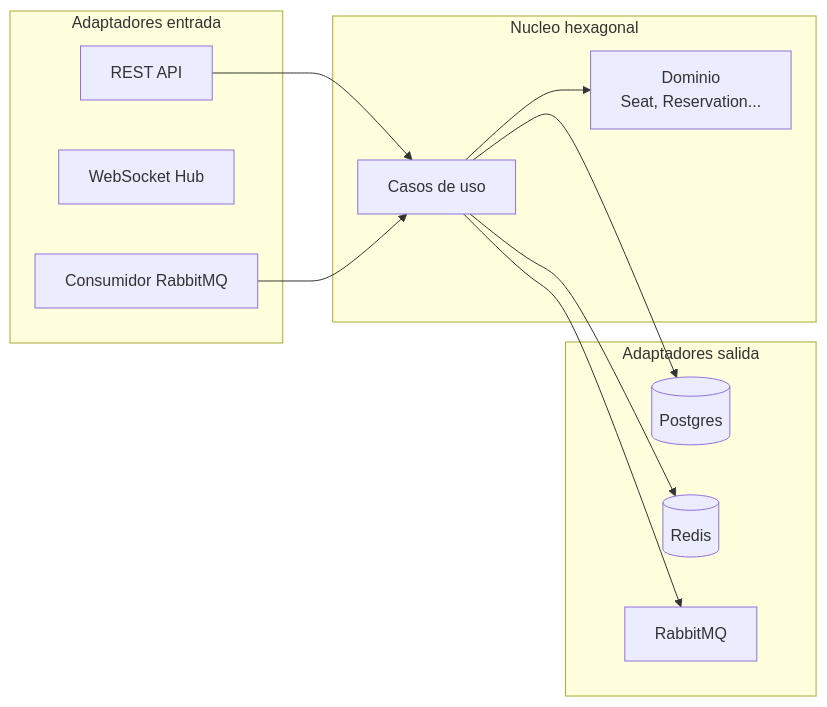
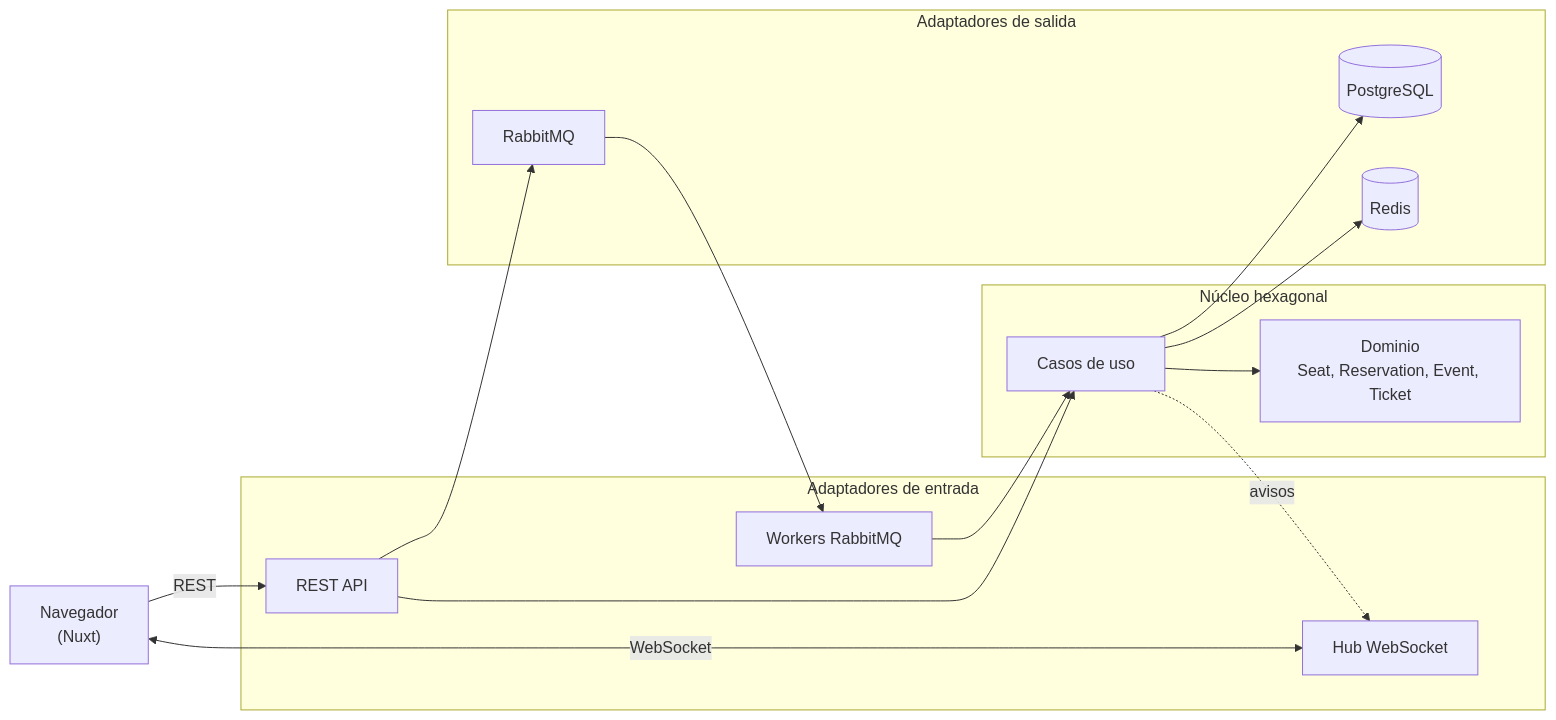
Before and after one commit to carlosmorales-dev-mx/ticketing-system: the first of 3 diagrams in README.md, drawn with Mermaid. The commit also changed other lines of this file and 49 other files, not shown here.

````diff
--- a/README.md
+++ b/README.md
@@ -23,23 +70,27 @@
 ```mermaid
 flowchart LR
-    subgraph IN["Adaptadores entrada"]
+    subgraph IN["Adaptadores de entrada"]
         HTTP["REST API"]
-        WS["WebSocket Hub"]
-        AMQP["Consumidor RabbitMQ"]
+        WS["Hub WebSocket"]
+        AMQP["Workers RabbitMQ"]
     end
-    subgraph CORE["Nucleo hexagonal"]
+    subgraph CORE["Núcleo hexagonal"]
         UC["Casos de uso"]
-        DOM["Dominio<br/>Seat, Reservation..."]
+        DOM["Dominio<br/>Seat, Reservation, Event, Ticket"]
     end
-    subgraph OUT["Adaptadores salida"]
-        PG[("Postgres")]
+    subgraph OUT["Adaptadores de salida"]
+        PG[("PostgreSQL")]
         REDIS[("Redis")]
         RMQ["RabbitMQ"]
     end
+    Browser["Navegador<br/>(Nuxt)"] -->|REST| HTTP
+    Browser <-->|WebSocket| WS
+    HTTP --> RMQ
+    RMQ --> AMQP
+    AMQP --> UC
     HTTP --> UC
-    AMQP --> UC
     UC --> DOM
     UC --> PG
     UC --> REDIS
-    UC --> RMQ
+    UC -. avisos .-> WS
 ```
````
